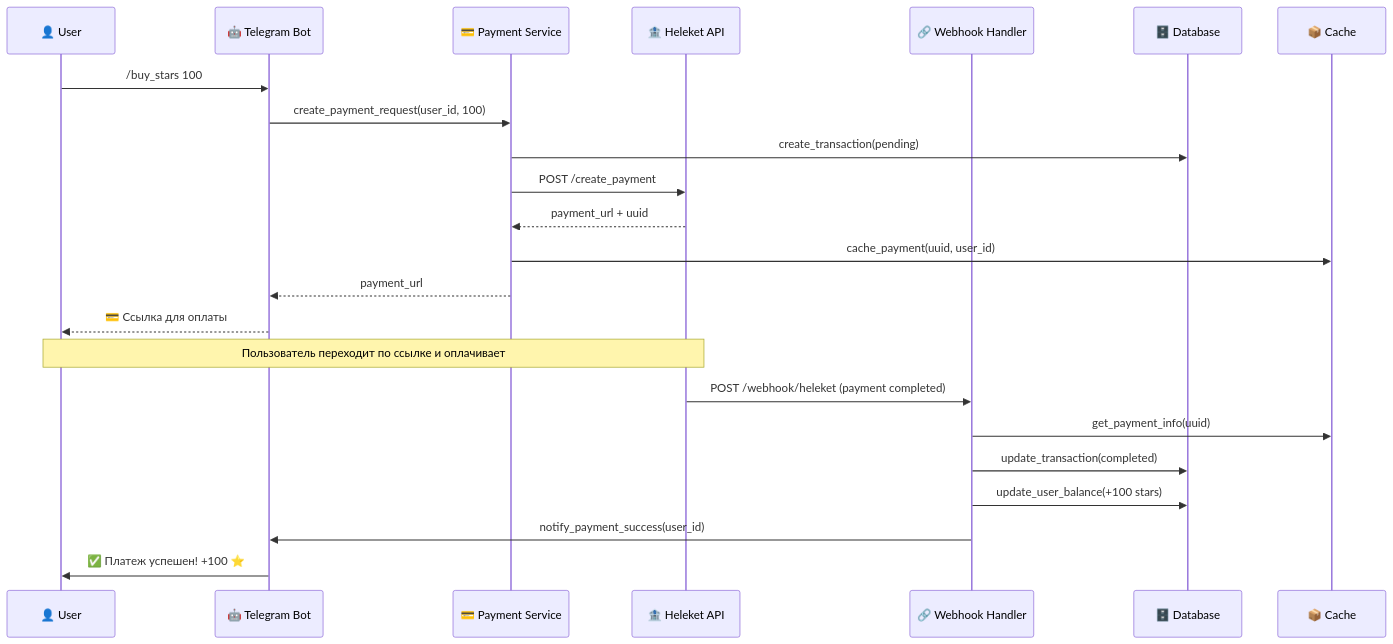
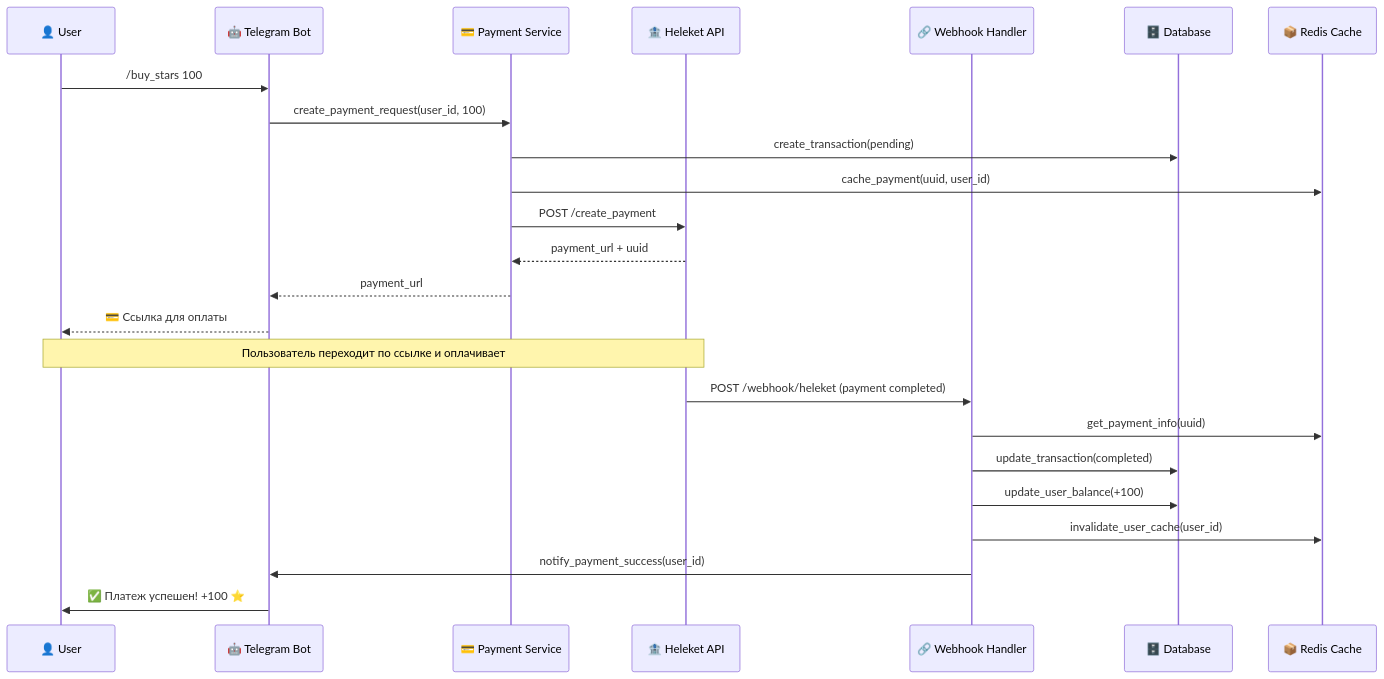
One commit to neKamita/Mirza-Telegram-Shop-Bot changed the fifth of 11 diagrams in README.md. Above: the diagram before and after it, drawn with Mermaid. The commit also changed other lines of this file and 7 other files, not shown here.

````diff
--- a/README.md
+++ b/README.md
@@ -668,28 +615,29 @@
 ```mermaid
 sequenceDiagram
     participant U as 👤 User
     participant TB as 🤖 Telegram Bot
     participant PS as 💳 Payment Service
     participant H as 🏦 Heleket API
     participant WH as 🔗 Webhook Handler
     participant DB as 🗄️ Database
-    participant C as 📦 Cache
+    participant C as 📦 Redis Cache
 
     U->>TB: /buy_stars 100
     TB->>PS: create_payment_request(user_id, 100)
     PS->>DB: create_transaction(pending)
+    PS->>C: cache_payment(uuid, user_id)
     PS->>H: POST /create_payment
     H-->>PS: payment_url + uuid
-    PS->>C: cache_payment(uuid, user_id)
     PS-->>TB: payment_url
     TB-->>U: 💳 Ссылка для оплаты
-    
+
     Note over U,H: Пользователь переходит по ссылке и оплачивает
-    
+
     H->>WH: POST /webhook/heleket (payment completed)
     WH->>C: get_payment_info(uuid)
     WH->>DB: update_transaction(completed)
-    WH->>DB: update_user_balance(+100 stars)
+    WH->>DB: update_user_balance(+100)
+    WH->>C: invalidate_user_cache(user_id)
     WH->>TB: notify_payment_success(user_id)
     TB->>U: ✅ Платеж успешен! +100 ⭐
 ```
````
